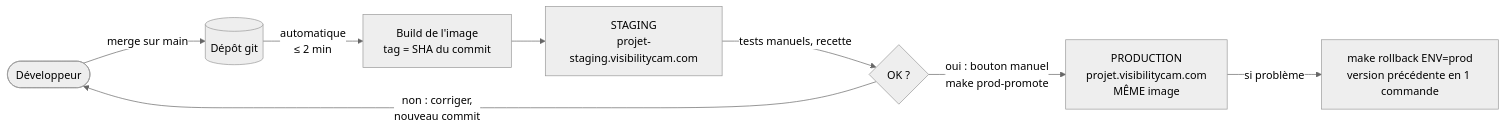
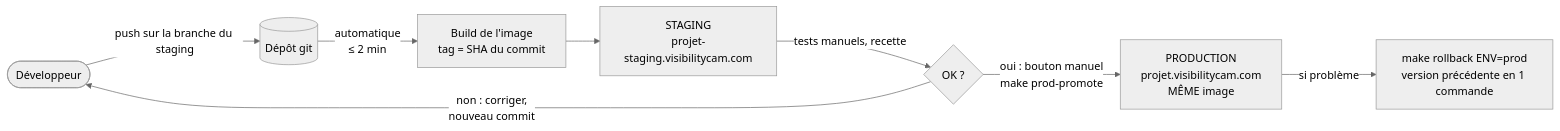
The sixth of 13 diagrams in docs/01-schemas.md (wilfreidlando/vcam-infra-deploy), drawn with Mermaid (neutral theme) before and after one commit. The commit also changed 6 other files, not shown here.

````diff
--- a/docs/01-schemas.md
+++ b/docs/01-schemas.md
@@ -241,10 +241,10 @@
 ```mermaid
 flowchart LR
-    Dev(["Développeur"]) -->|"merge sur main"| Git[("Dépôt git")]
+    Dev(["Développeur"]) -->|"push sur la branche du staging"| Git[("Dépôt git")]
     Git -->|"automatique<br/>≤ 2 min"| Build["Build de l'image<br/>tag = SHA du commit"]
     Build --> Staging["STAGING<br/>projet-staging.visibilitycam.com"]
     Staging -->|"tests manuels, recette"| QA{"OK ?"}
     QA -->|"non : corriger,<br/>nouveau commit"| Dev
     QA -->|"oui : bouton manuel<br/>make prod-promote"| Prod["PRODUCTION<br/>projet.visibilitycam.com<br/>MÊME image"]
     Prod -->|"si problème"| Back["make rollback ENV=prod<br/>version précédente en 1 commande"]
 ```
````
